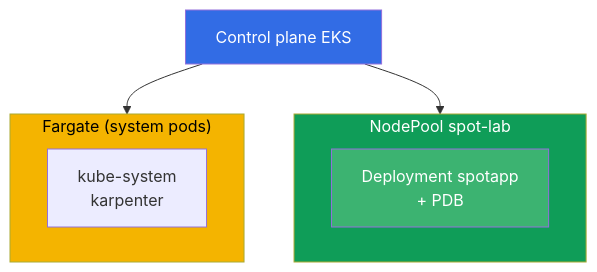
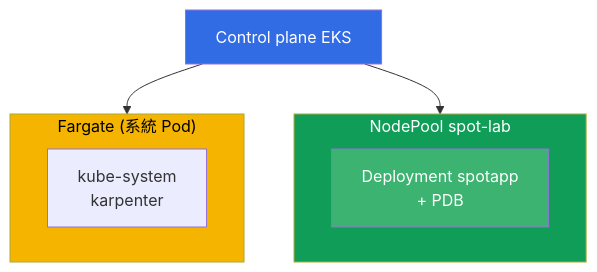
One commit to ViktorUJ/cks changed the first of 2 diagrams in tasks/eks/labs/111/README_TW.MD. Above: the diagram before and after it, drawn with Mermaid. The commit also changed 221 other files, not shown here.

````diff
--- a/tasks/eks/labs/111/README_TW.MD
+++ b/tasks/eks/labs/111/README_TW.MD
@@ -39,16 +39,16 @@
 ```mermaid
 flowchart TB
     cp["Control plane EKS"]
-    subgraph fg["Fargate (system pods)"]
+    subgraph fg["Fargate (系統 Pod)"]
         sys["kube-system<br>karpenter"]
     end
     subgraph spot["NodePool spot-lab"]
         app["Deployment spotapp<br>+ PDB"]
     end
     cp --> fg
     cp --> spot
     style cp fill:#326ce5,color:#fff
     style fg fill:#f4b400,color:#000
     style spot fill:#0f9d58,color:#fff
     style app fill:#3cb371,color:#fff
 ```
````
